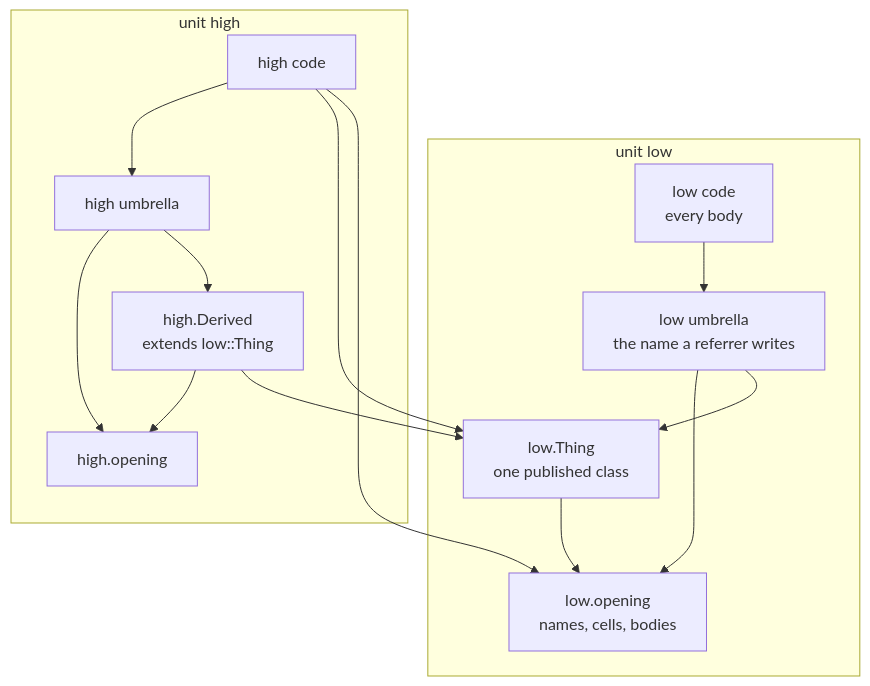
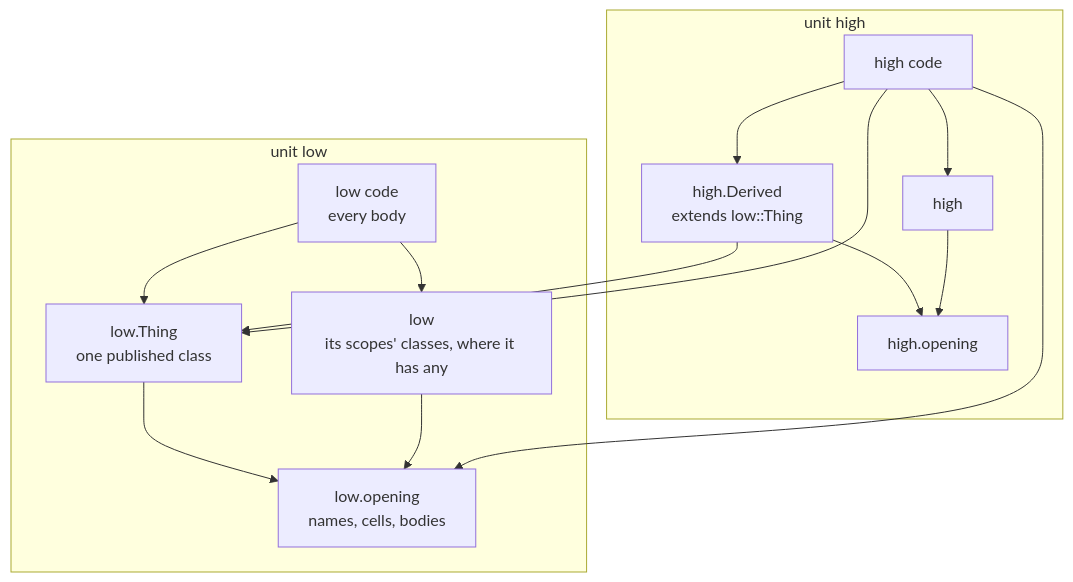
One commit to hankhsu1996/lyra changed the diagram in docs/architecture/emission_model.md. Above: the diagram before and after it, drawn with Mermaid. The commit also changed other lines of this file and 109 other files, not shown here.

````diff
--- a/docs/architecture/emission_model.md
+++ b/docs/architecture/emission_model.md
@@ -213,26 +218,26 @@
 ```mermaid
 flowchart TB
   subgraph LOW["unit low"]
     LO["low.opening<br/>names, cells, bodies"]
     LT["low.Thing<br/>one published class"]
-    LU["low umbrella<br/>the name a referrer writes"]
+    LU["low<br/>its scopes' classes, where it has any"]
     LC["low code<br/>every body"]
   end
   subgraph HIGH["unit high"]
     HO["high.opening"]
     HD["high.Derived<br/>extends low::Thing"]
-    HU["high umbrella"]
+    HU["high"]
     HC["high code"]
   end
   LT --> LO
   LU --> LO
-  LU --> LT
   LC --> LU
+  LC --> LT
   HD --> HO
   HD --> LT
   HU --> HO
-  HU --> HD
   HC --> HU
+  HC --> HD
   HC --> LT
   HC --> LO
 ```
````
